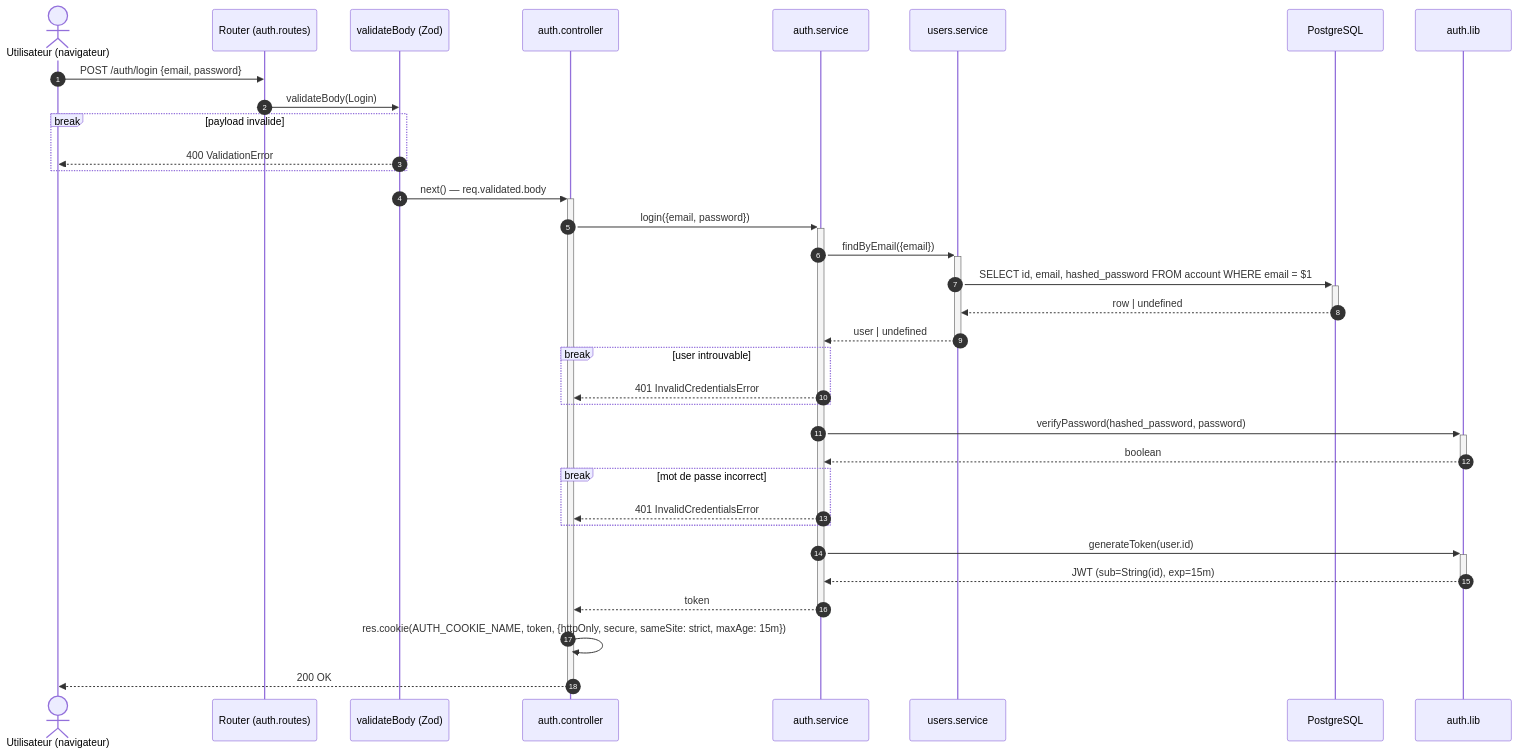
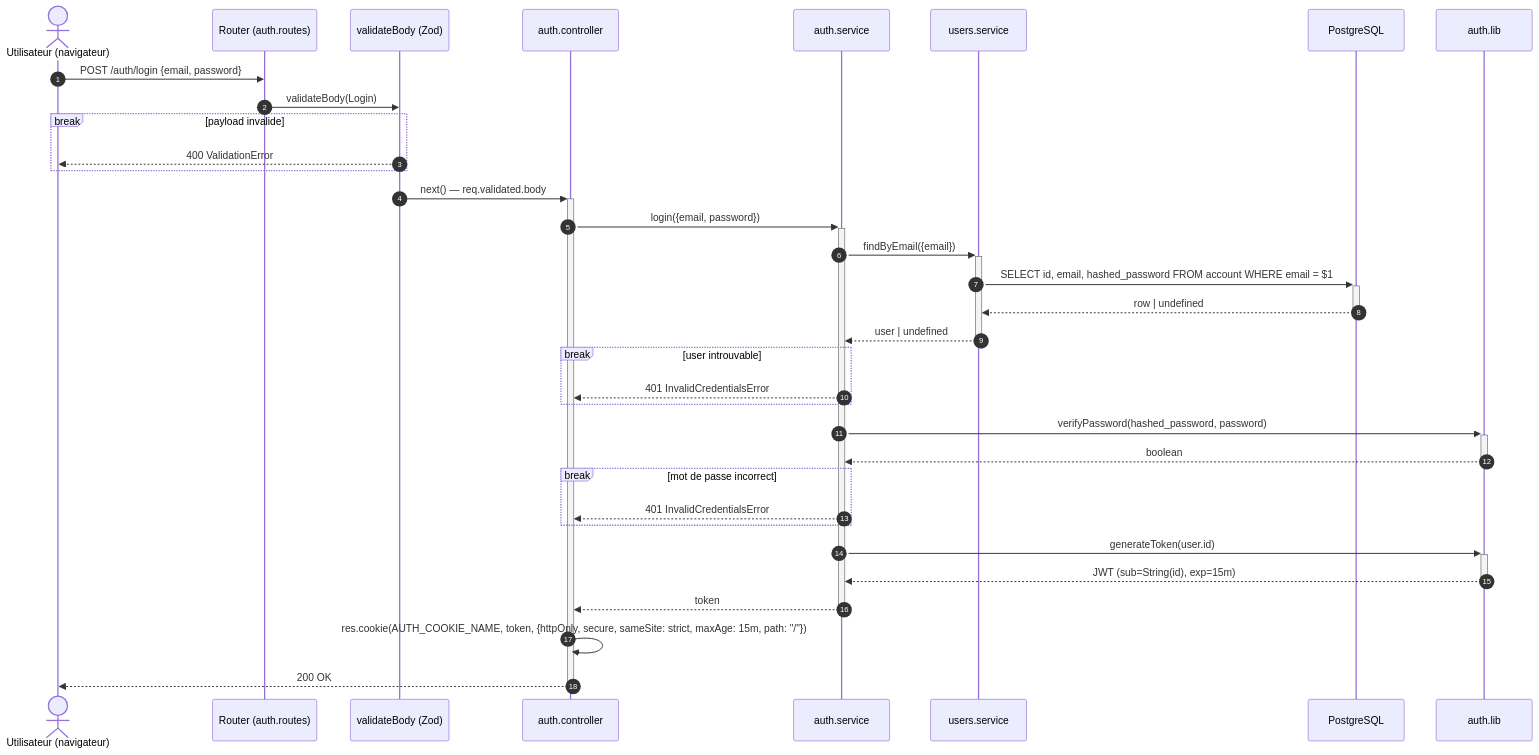
Before and after one commit to SIMPLON-DIST-CDA-260316/zythologue_julien_lemarchand: the diagram in apps/api/docs/diagrams/login-sequence.md, drawn with Mermaid. The commit also changed 9 other files, not shown here.

````diff
--- a/apps/api/docs/diagrams/login-sequence.md
+++ b/apps/api/docs/diagrams/login-sequence.md
@@ -10,43 +10,43 @@
 ```mermaid
 sequenceDiagram
     autonumber
     actor U as Utilisateur (navigateur)
     participant R as Router (auth.routes)
     participant MW as validateBody (Zod)
     participant C as auth.controller
     participant S as auth.service
     participant US as users.service
     participant DB as PostgreSQL
     participant Lib as auth.lib
 
     U->>R: POST /auth/login {email, password}
     R->>MW: validateBody(Login)
 
     break payload invalide
         MW-->>U: 400 ValidationError
     end
 
     MW->>+C: next() — req.validated.body
     C->>+S: login({email, password})
     S->>+US: findByEmail({email})
     US->>+DB: SELECT id, email, hashed_password FROM account WHERE email = $1
     DB-->>-US: row | undefined
     US-->>-S: user | undefined
 
     break user introuvable
         S-->>C: 401 InvalidCredentialsError
     end
 
     S->>+Lib: verifyPassword(hashed_password, password)
     Lib-->>-S: boolean
 
     break mot de passe incorrect
         S-->>C: 401 InvalidCredentialsError
     end
 
     S->>+Lib: generateToken(user.id)
     Lib-->>-S: JWT (sub=String(id), exp=15m)
     S-->>-C: token
-    C->>C: res.cookie(AUTH_COOKIE_NAME, token, {httpOnly, secure, sameSite: strict, maxAge: 15m})
+    C->>C: res.cookie(AUTH_COOKIE_NAME, token, {httpOnly, secure, sameSite: strict, maxAge: 15m, path: "/"})
     C-->>-U: 200 OK
 ```
````
